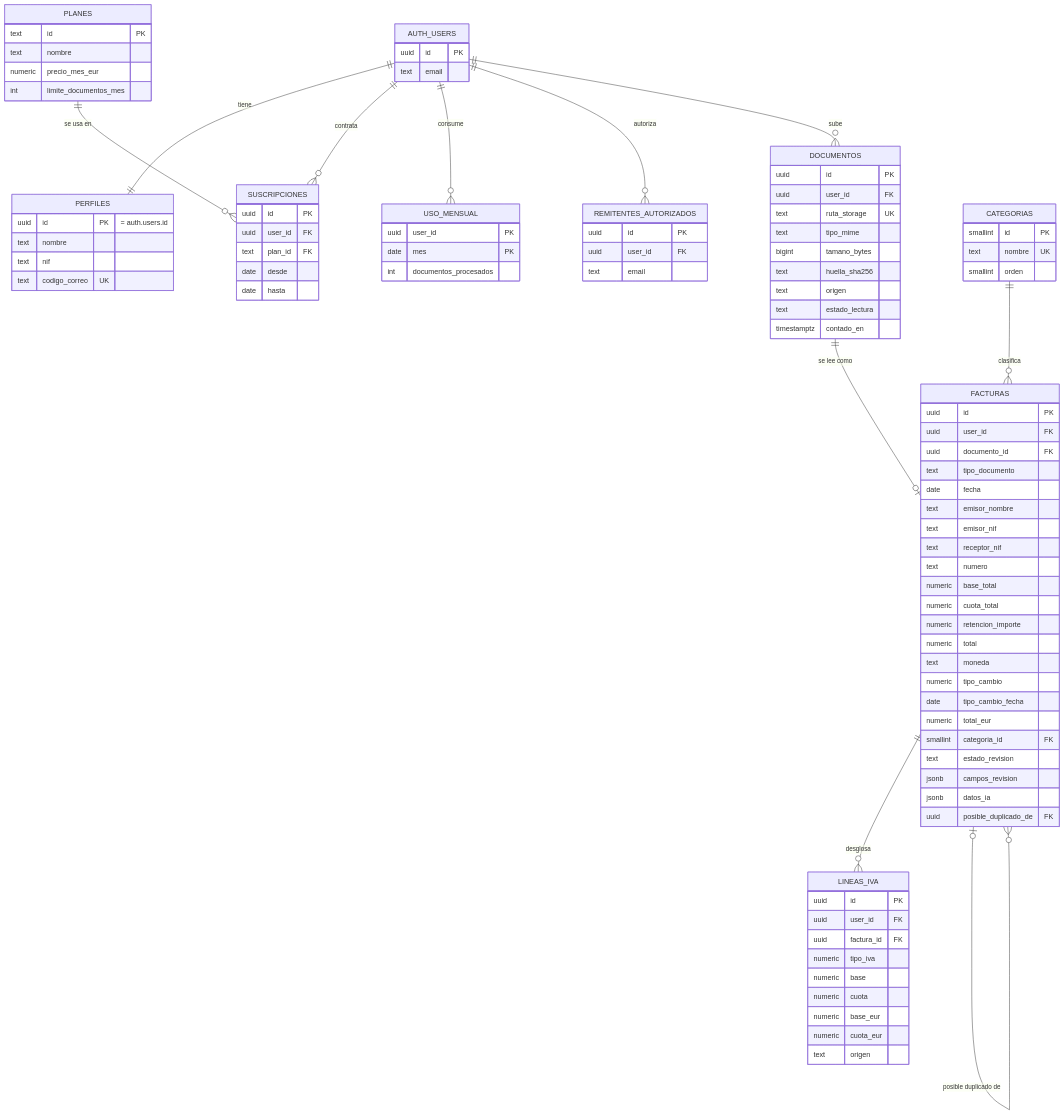
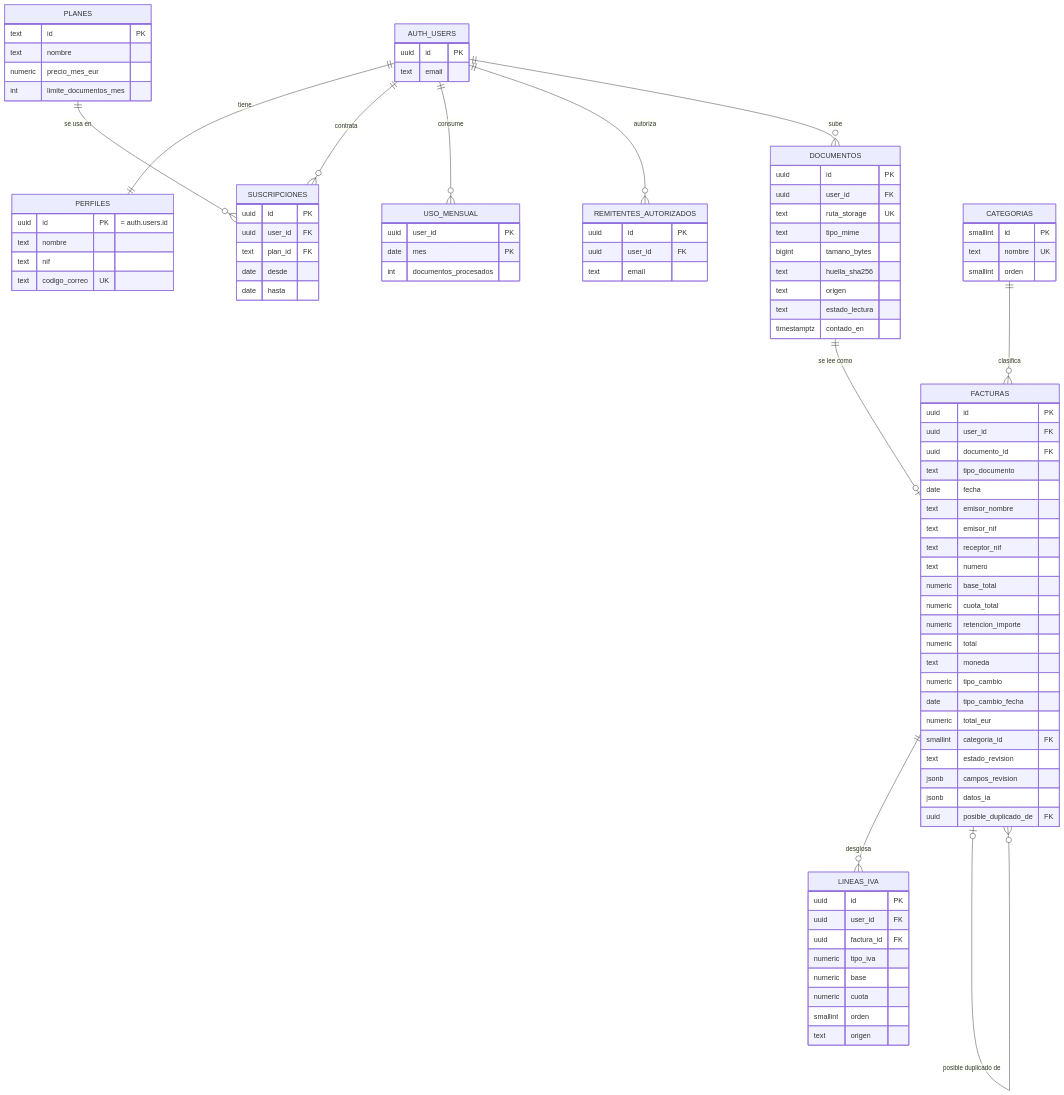
One commit to Ana-gp/gestion-facturas changed the diagram in docs/modelo-datos.md. Above: the diagram before and after it, drawn with Mermaid. The commit also changed other lines of this file and 1 other file, not shown here.

```diff
--- a/docs/modelo-datos.md
+++ b/docs/modelo-datos.md
@@ -133,8 +133,7 @@
         numeric tipo_iva
         numeric base
         numeric cuota
-        numeric base_eur
-        numeric cuota_eur
+        smallint orden
         text origen
     }
     CATEGORIAS {
```
